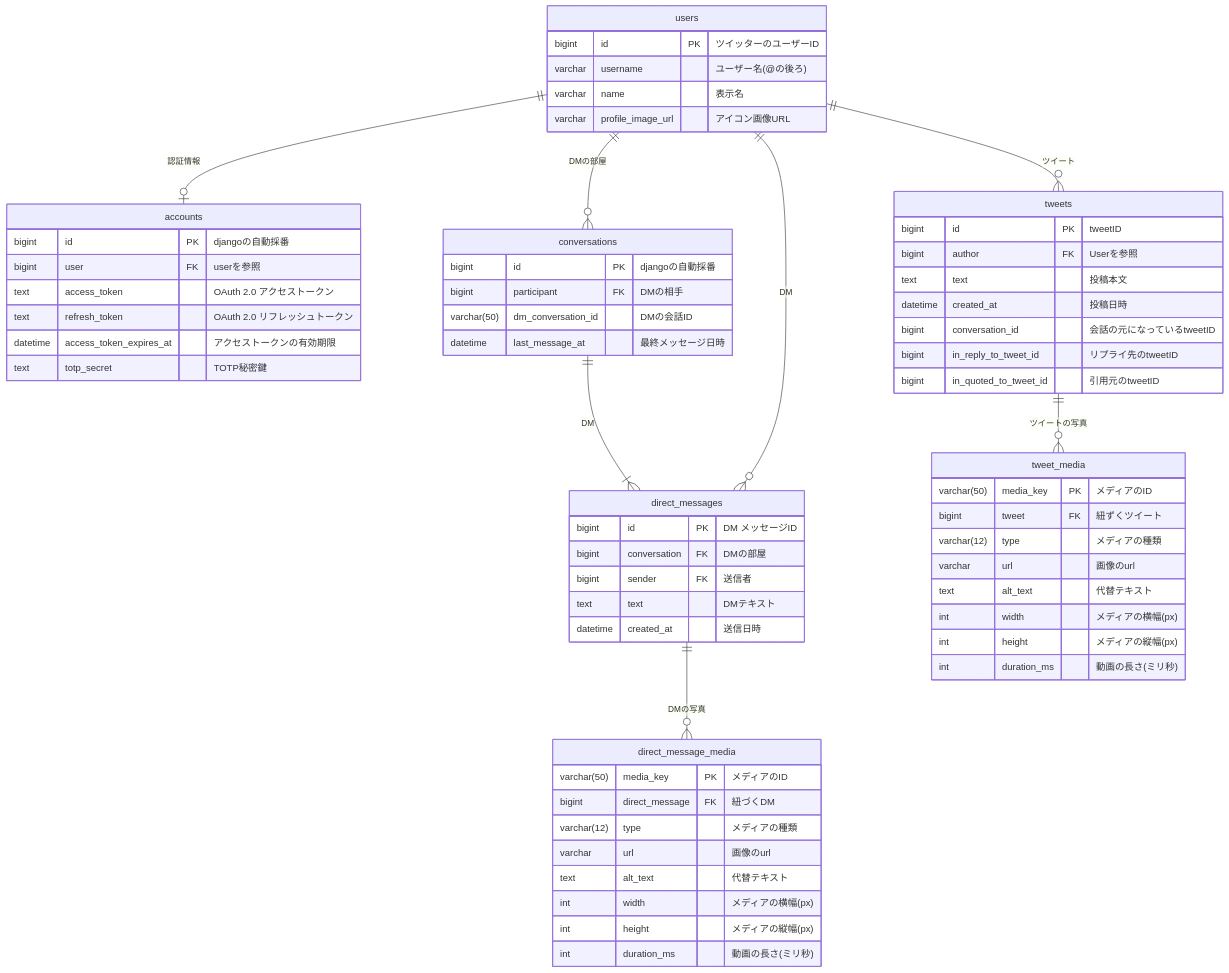
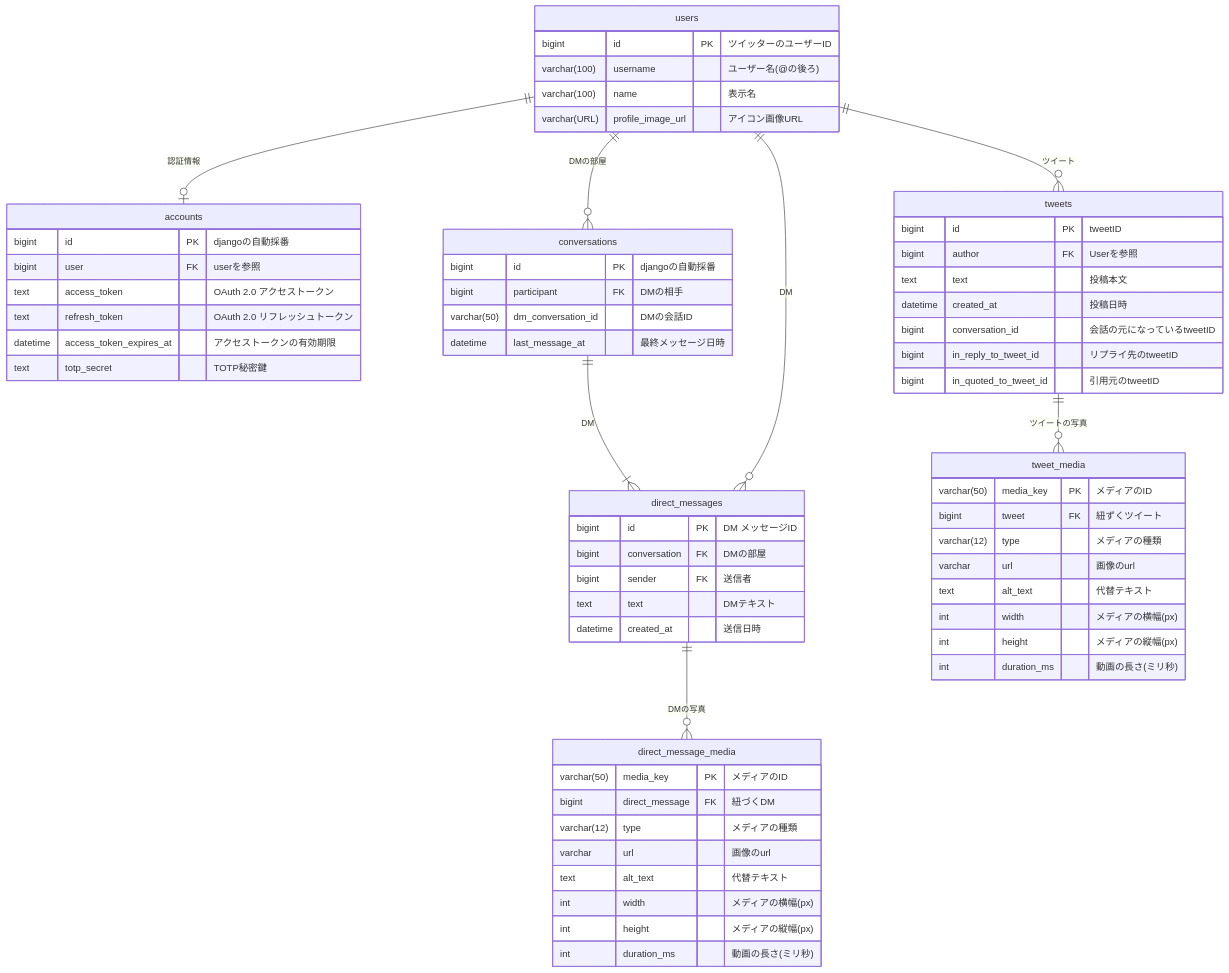
Before and after one commit to Akeno-p/nofeed-twitter: the diagram in docs/design/databese.md, drawn with Mermaid. The commit also changed other lines of this file, not shown here.

Commit message:
chore: update databese design notes

````diff
--- a/docs/design/databese.md
+++ b/docs/design/databese.md
@@ -15,73 +17,73 @@
 ```mermaid
 erDiagram
     users ||--o| accounts : "認証情報"
     users ||--o{ tweets:"ツイート"
     users ||--o{ conversations:"DMの部屋"
     conversations||--|{ direct_messages:"DM"
     users ||--o{ direct_messages:"DM"
     tweets ||--o{ tweet_media:"ツイートの写真"
     direct_messages||--o{ direct_message_media:"DMの写真"
 
 users{
     bigint id PK "ツイッターのユーザーID"
-    varchar username "ユーザー名(@の後ろ)"
-    varchar name "表示名"
-    varchar profile_image_url "アイコン画像URL"
+    varchar(100) username "ユーザー名(@の後ろ)"
+    varchar(100) name "表示名"
+    varchar(URL) profile_image_url "アイコン画像URL"
 }
 
 accounts{
     bigint id PK "djangoの自動採番"
     bigint user FK "userを参照"
     text access_token "OAuth 2.0 アクセストークン"
     text refresh_token "OAuth 2.0 リフレッシュトークン"
     datetime access_token_expires_at "アクセストークンの有効期限"
     text totp_secret "TOTP秘密鍵"
 }
 
 tweets{
     bigint id PK "tweetID"
     bigint author FK "Userを参照"
     text text "投稿本文"
     datetime created_at "投稿日時"
     bigint conversation_id "会話の元になっているtweetID"
     bigint in_reply_to_tweet_id "リプライ先のtweetID"
     bigint in_quoted_to_tweet_id "引用元のtweetID"
     }
 
 conversations{
     bigint id PK "djangoの自動採番"
     bigint participant FK "DMの相手"
     varchar(50) dm_conversation_id "DMの会話ID"
     datetime last_message_at "最終メッセージ日時"
 }
 
 direct_messages{
     bigint id PK "DM メッセージID"
     bigint conversation FK "DMの部屋"
     bigint sender FK "送信者"
     text text "DMテキスト"
     datetime created_at "送信日時"
 }
 
 tweet_media{
     varchar(50) media_key PK "メディアのID"
     bigint tweet FK "紐ずくツイート"
     varchar(12) type "メディアの種類"
     varchar url "画像のurl"
     text alt_text "代替テキスト"
     int width "メディアの横幅(px)"
     int height "メディアの縦幅(px)"
     int duration_ms "動画の長さ(ミリ秒)"
 }
 
 direct_message_media{
     varchar(50) media_key PK "メディアのID"
     bigint direct_message FK "紐づくDM"
     varchar(12) type "メディアの種類"
     varchar url "画像のurl"
     text alt_text "代替テキスト"
     int width "メディアの横幅(px)"
     int height "メディアの縦幅(px)"
     int duration_ms "動画の長さ(ミリ秒)"
 }
 ```
````
